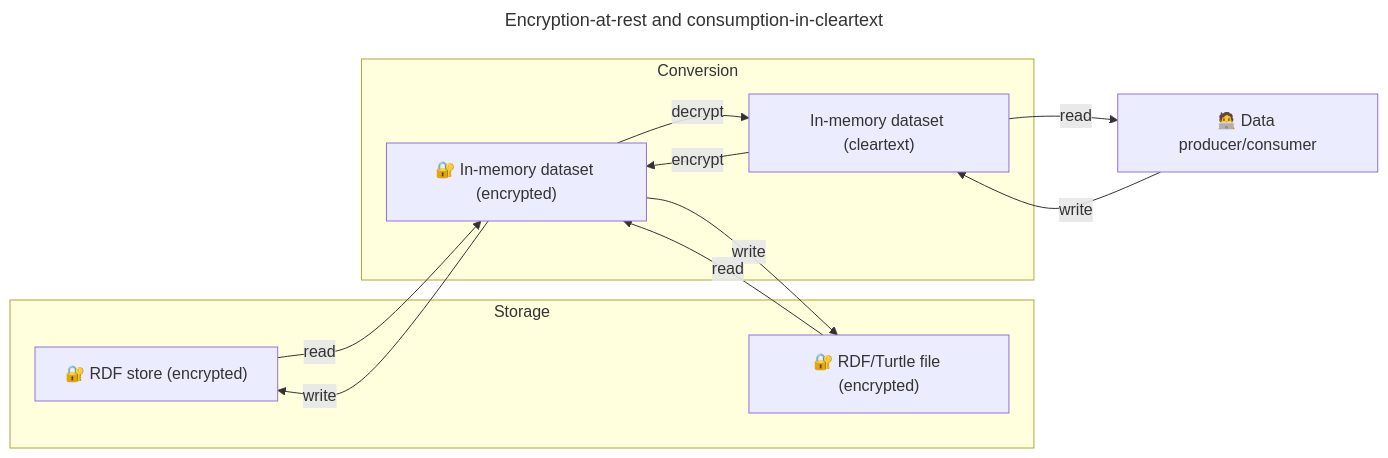
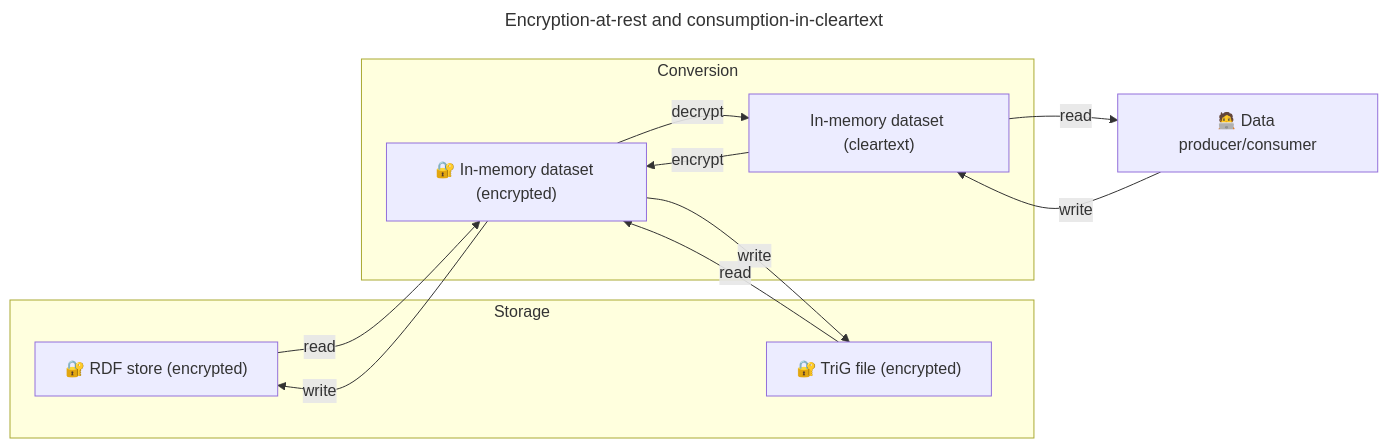
Before and after one commit to doga/rdf-encryption: the first of 3 diagrams in README.md, drawn with Mermaid. The commit also changed other lines of this file, not shown here.

Commit message:
fix diagrams in readme

````diff
--- a/README.md
+++ b/README.md
@@ -12,23 +12,23 @@
 ```mermaid
 ---
 title: Encryption-at-rest and consumption-in-cleartext
 ---
 flowchart LR
   subgraph storage["Storage"]
     store["🔐 RDF store (encrypted)"]
-    file["🔐 RDF/Turtle file (encrypted)"]
+    trig["🔐 TriG file (encrypted)"]
   end
   subgraph conversion["Conversion"]
     cleartext["In-memory dataset (cleartext)"]
     encrypted["🔐 In-memory dataset (encrypted)"]
   end
     prosumer["🧑‍💻 Data producer/consumer"]
     cleartext -- encrypt --> encrypted
     encrypted -- decrypt --> cleartext
     prosumer -- write --> cleartext
     cleartext -- read --> prosumer
     encrypted -- write --> store
     store -- read --> encrypted
-    encrypted -- write --> file
-    file -- read --> encrypted
+    encrypted -- write --> trig
+    trig -- read --> encrypted
 ```
````
